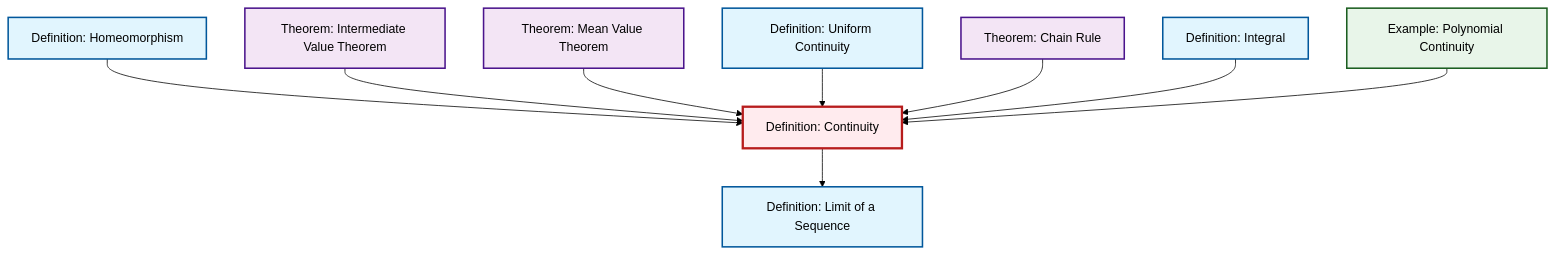
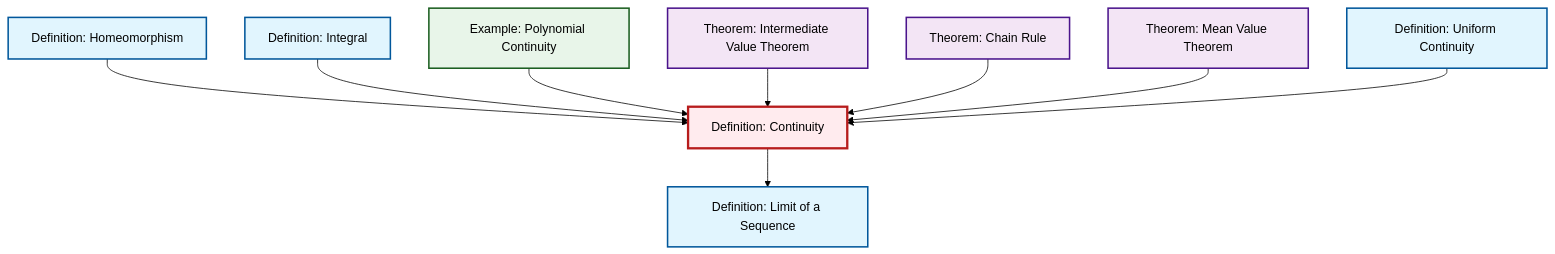
Before and after one commit to RK0429/ModernMath: the diagram in content/ja/analysis/def-continuity.qmd, drawn with Mermaid (forest theme). The commit also changed other lines of this file and 360 other files, not shown here.

````diff
--- a/content/ja/analysis/def-continuity.qmd
+++ b/content/ja/analysis/def-continuity.qmd
@@ -58,35 +58,35 @@
 ```{mermaid}
 %%| fig-cap: "Local dependency graph"
 graph TD
     classDef definition fill:#e1f5fe,stroke:#01579b,stroke-width:2px
     classDef theorem fill:#f3e5f5,stroke:#4a148c,stroke-width:2px
     classDef axiom fill:#fff3e0,stroke:#e65100,stroke-width:2px
     classDef example fill:#e8f5e9,stroke:#1b5e20,stroke-width:2px
     classDef current fill:#ffebee,stroke:#b71c1c,stroke-width:3px
+    thm-chain-rule["Theorem: Chain Rule"]:::theorem
+    thm-mean-value["Theorem: Mean Value Theorem"]:::theorem
+    ex-polynomial-continuity["Example: Polynomial Continuity"]:::example
+    def-uniform-continuity["Definition: Uniform Continuity"]:::definition
+    def-homeomorphism["Definition: Homeomorphism"]:::definition
     thm-intermediate-value["Theorem: Intermediate Value Theorem"]:::theorem
-    thm-chain-rule["Theorem: Chain Rule"]:::theorem
     def-continuity["Definition: Continuity"]:::definition
     def-limit["Definition: Limit of a Sequence"]:::definition
-    def-uniform-continuity["Definition: Uniform Continuity"]:::definition
-    def-homeomorphism["Definition: Homeomorphism"]:::definition
-    ex-polynomial-continuity["Example: Polynomial Continuity"]:::example
-    thm-mean-value["Theorem: Mean Value Theorem"]:::theorem
     def-integral["Definition: Integral"]:::definition
+    def-homeomorphism --> def-continuity
+    def-integral --> def-continuity
     def-continuity --> def-limit
-    def-homeomorphism --> def-continuity
+    ex-polynomial-continuity --> def-continuity
     thm-intermediate-value --> def-continuity
+    thm-chain-rule --> def-continuity
     thm-mean-value --> def-continuity
     def-uniform-continuity --> def-continuity
-    thm-chain-rule --> def-continuity
-    def-integral --> def-continuity
-    ex-polynomial-continuity --> def-continuity
     class def-continuity current
-    click thm-intermediate-value "thm-intermediate-value.html" "Theorem: Intermediate Value Theoremへ"
     click thm-chain-rule "thm-chain-rule.html" "Theorem: Chain Ruleへ"
-    click def-limit "def-limit.html" "Definition: Limit of a Sequenceへ"
+    click thm-mean-value "thm-mean-value.html" "Theorem: Mean Value Theoremへ"
+    click ex-polynomial-continuity "ex-polynomial-continuity.html" "Example: Polynomial Continuityへ"
     click def-uniform-continuity "def-uniform-continuity.html" "Definition: Uniform Continuityへ"
     click def-homeomorphism "def-homeomorphism.html" "Definition: Homeomorphismへ"
-    click ex-polynomial-continuity "ex-polynomial-continuity.html" "Example: Polynomial Continuityへ"
-    click thm-mean-value "thm-mean-value.html" "Theorem: Mean Value Theoremへ"
+    click thm-intermediate-value "thm-intermediate-value.html" "Theorem: Intermediate Value Theoremへ"
+    click def-limit "def-limit.html" "Definition: Limit of a Sequenceへ"
     click def-integral "def-integral.html" "Definition: Integralへ"
 ```
````
